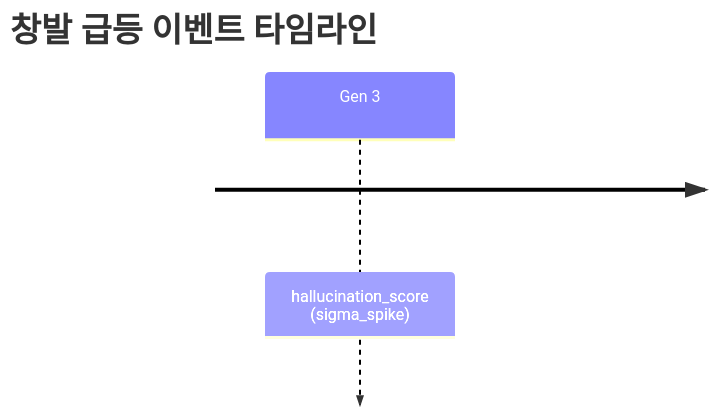
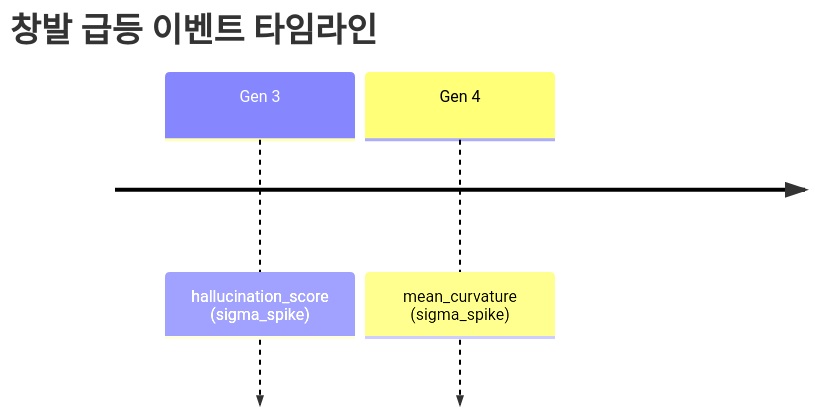
One commit to need-singularity/test-1 changed the second of 2 diagrams in README.md. Above: the diagram before and after it, drawn with Mermaid. The commit also changed other lines of this file and 7 other files, not shown here.

````diff
--- a/README.md
+++ b/README.md
@@ -58,5 +69,6 @@
 ```mermaid
 timeline
     title 창발 급등 이벤트 타임라인
     Gen 3 : hallucination_score (sigma_spike)
+    Gen 4 : mean_curvature (sigma_spike)
 ```
````
